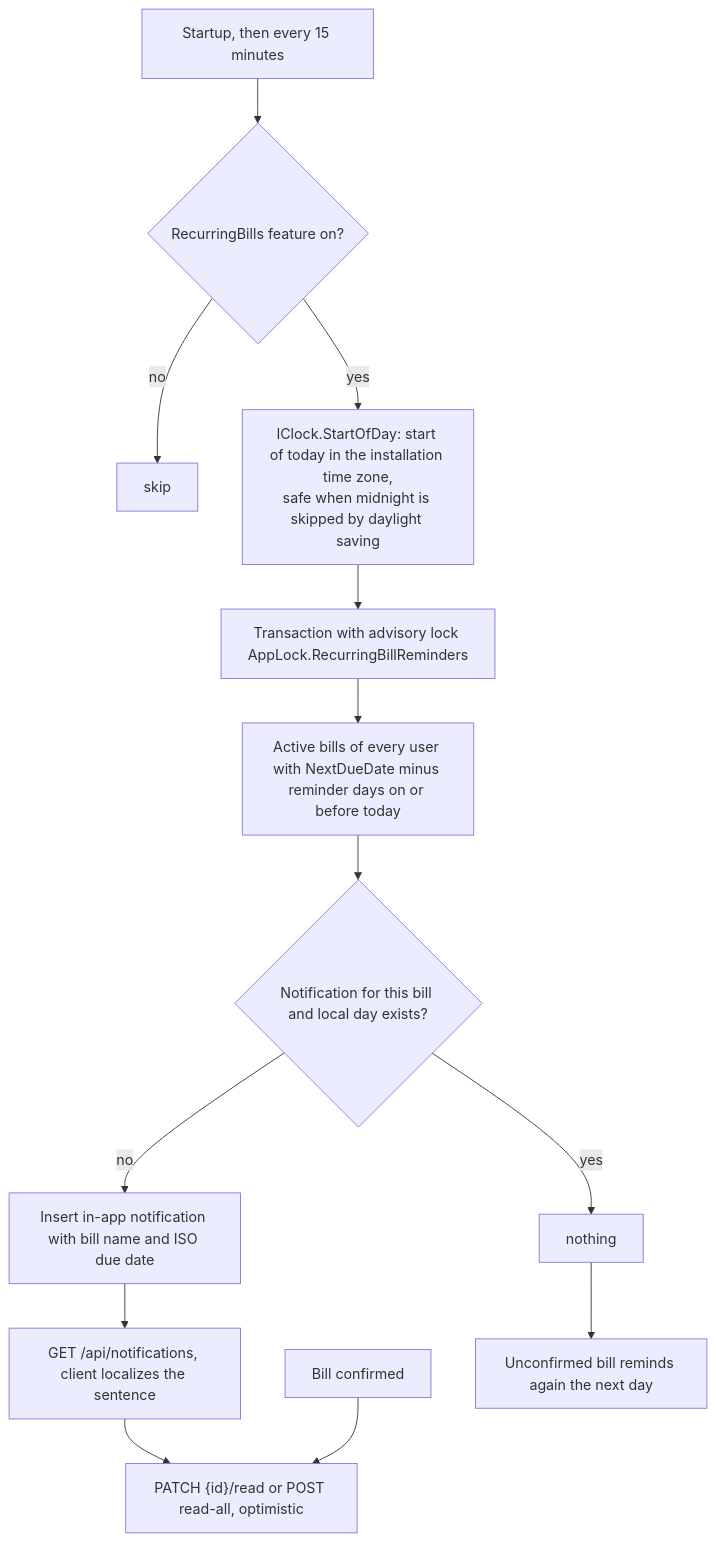
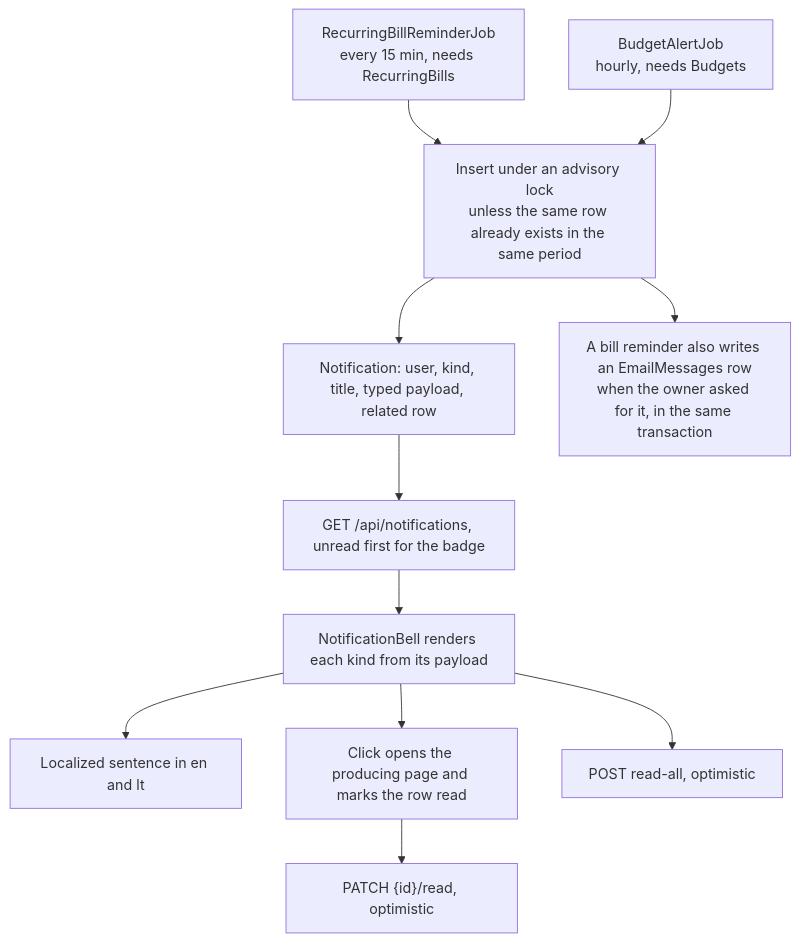
The diagram in docs/features/14. Notifications.md (Justxs/Jx-Finance), drawn with Mermaid before and after one commit. The commit also changed other lines of this file and 32 other files, not shown here.

First line of the commit message:
feat(notifications): add notification kinds and budget alerts

````diff
--- a/docs/features/14. Notifications.md
+++ b/docs/features/14. Notifications.md
@@ -7,15 +7,13 @@
 ```mermaid
 flowchart TD
-    Tick["Startup, then every 15 minutes"] --> On{"RecurringBills feature on?"}
-    On -->|"no"| Skip["skip"]
-    On -->|"yes"| Day["IClock.StartOfDay: start of today in the installation time zone,<br/>safe when midnight is skipped by daylight saving"]
-    Day --> LockB["Transaction with advisory lock AppLock.RecurringBillReminders"]
-    LockB --> Scan["Active bills of every user with NextDueDate minus reminder days on or before today"]
-    Scan --> Dup{"Notification for this bill and local day exists?"}
-    Dup -->|"yes"| None["nothing"]
-    Dup -->|"no"| Ins["Insert in-app notification with bill name and ISO due date"]
-    Ins --> Bell["GET /api/notifications, client localizes the sentence"]
-    Bell --> Read["PATCH {id}/read or POST read-all, optimistic"]
-    Confirm["Bill confirmed"] --> Read
-    None --> Tomorrow["Unconfirmed bill reminds again the next day"]
+    Bills["RecurringBillReminderJob<br/>every 15 min, needs RecurringBills"] --> Dedupe
+    Budgets["BudgetAlertJob<br/>hourly, needs Budgets"] --> Dedupe
+    Dedupe["Insert under an advisory lock<br/>unless the same row already exists in the same period"] --> Row["Notification: user, kind, title, typed payload, related row"]
+    Row --> List["GET /api/notifications, unread first for the badge"]
+    List --> Bell["NotificationBell renders each kind from its payload"]
+    Bell --> Text["Localized sentence in en and lt"]
+    Bell --> Link["Click opens the producing page and marks the row read"]
+    Link --> Read["PATCH {id}/read, optimistic"]
+    Bell --> All["POST read-all, optimistic"]
+    Dedupe --> Mail["A bill reminder also writes an EmailMessages row<br/>when the owner asked for it, in the same transaction"]
 ```
````
